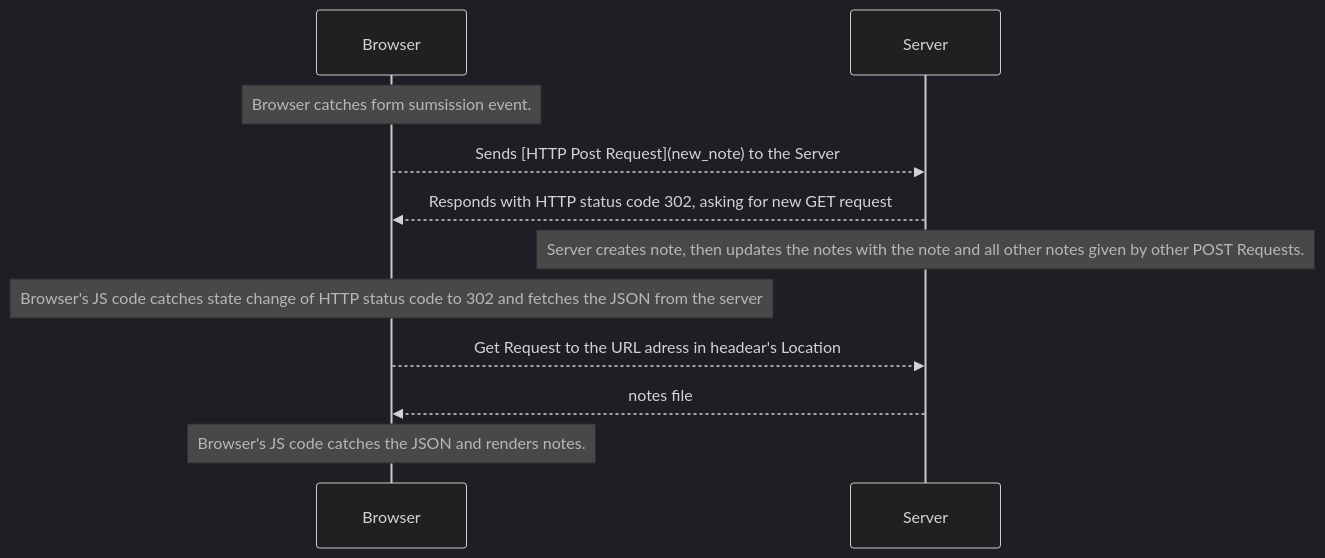
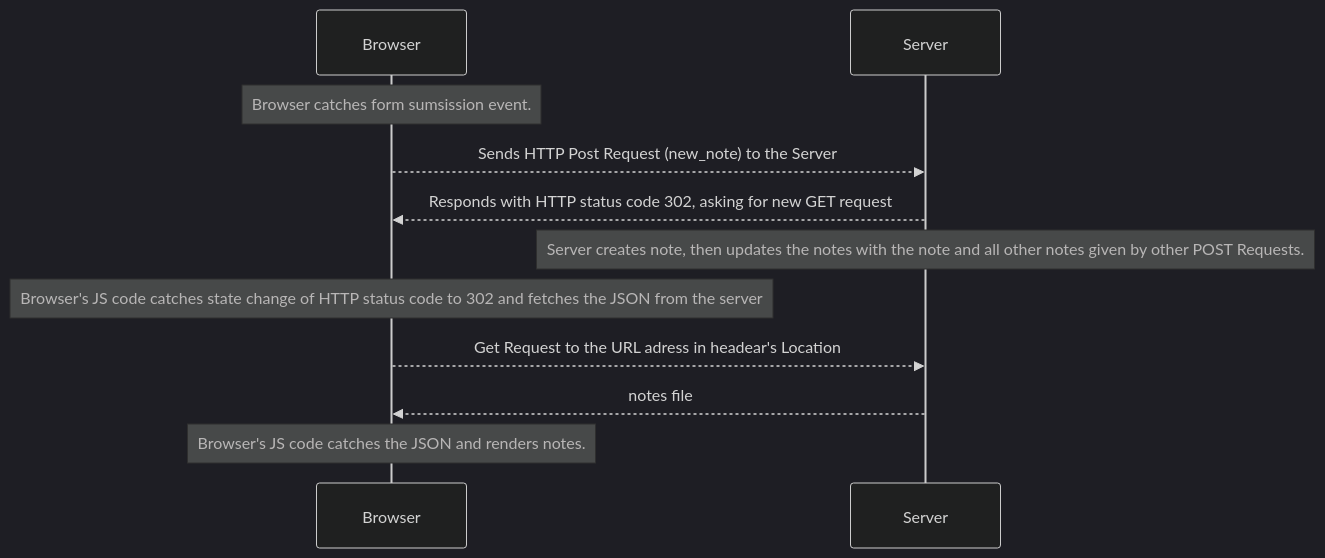
One commit to M-Maciej/FullStackOpen changed the diagram in part-0/0-4.md. Above: the diagram before and after it, drawn with Mermaid (dark theme).

````diff
--- a/part-0/0-4.md
+++ b/part-0/0-4.md
@@ -1,19 +1,19 @@
 ```mermaid
   sequenceDiagram
     participant Br as Browser
     participant Se as Server
     
     %% Form handling
     Note over Br: Browser catches form sumsission event. 
-    Br-->>Se: Sends [HTTP Post Request](new_note) to the Server
+    Br-->>Se: Sends HTTP Post Request (new_note) to the Server
     Se-->>Br: Responds with HTTP status code 302, asking for new GET request
     
     %% Fetch JSON request
     Note over Se: Server creates note, then updates the notes with the note and all other notes given by other POST Requests.
     Note over Br: Browser's JS code catches state change of HTTP status code to 302 and fetches the JSON from the server
     Br-->>Se: Get Request to the URL adress in headear's Location
     Se-->>Br: notes file
     
     %% Rendering notes
     Note over Br: Browser's JS code catches the JSON and renders notes. 
 ```
````
